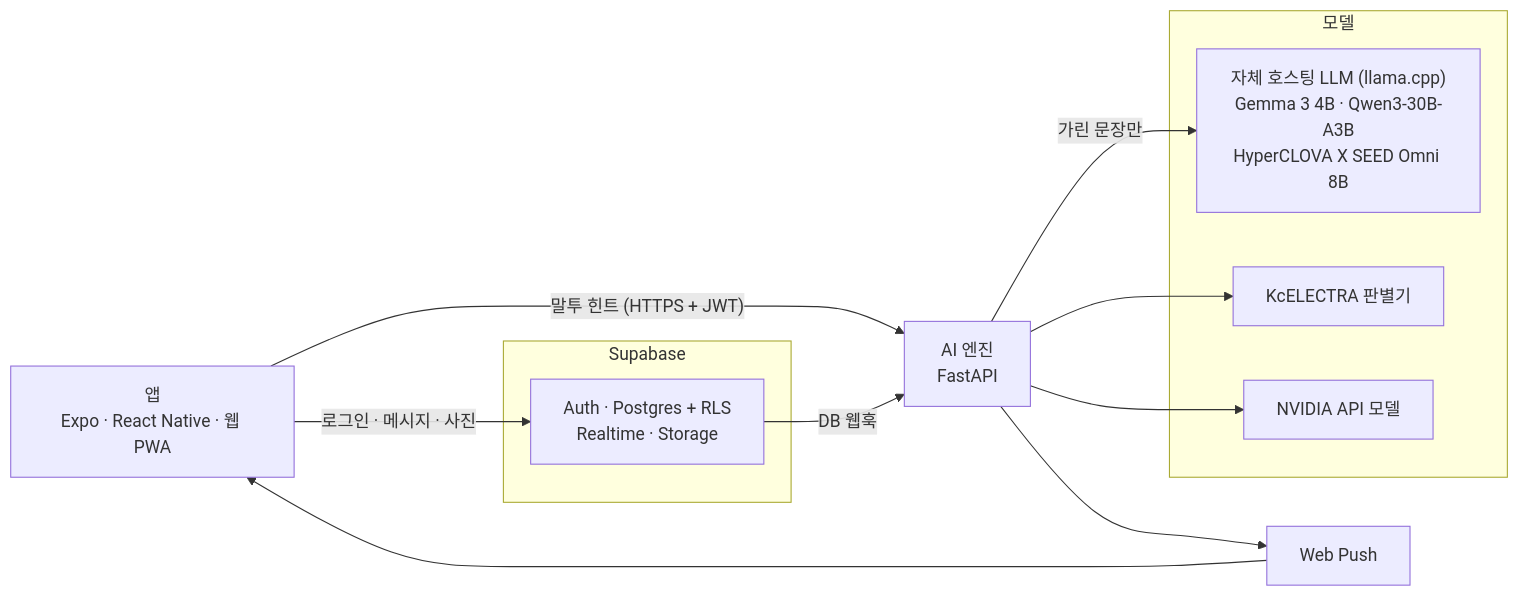
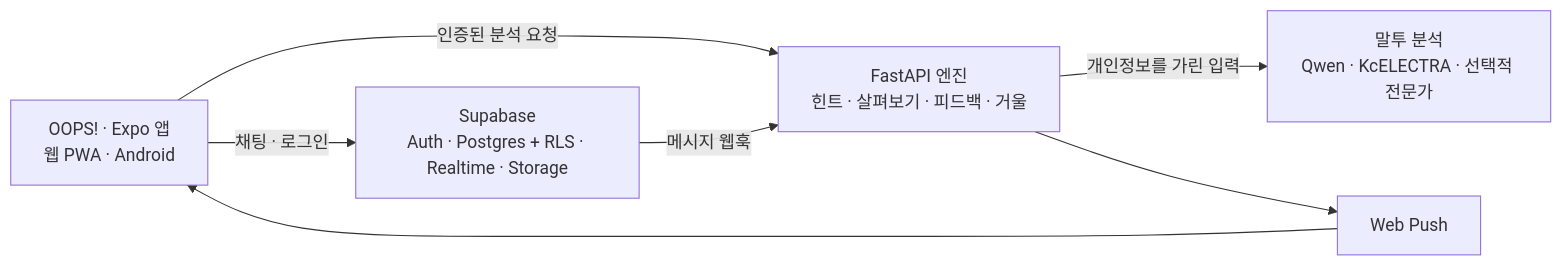
Before and after one commit to Daegyu519/Adventure_Design: the diagram in README.md, drawn with Mermaid. The commit also changed other lines of this file, not shown here.

Commit message:
docs: refresh OOPS! GitHub README

````diff
--- a/README.md
+++ b/README.md
@@ -43,23 +30,14 @@
 ```mermaid
 flowchart LR
-  APP["앱<br/>Expo · React Native · 웹 PWA"]
-  subgraph SB["Supabase"]
-    DB["Auth · Postgres + RLS<br/>Realtime · Storage"]
-  end
-  ENG["AI 엔진<br/>FastAPI"]
-  subgraph M["모델"]
-    LLM["자체 호스팅 LLM (llama.cpp)<br/>Gemma 3 4B · Qwen3-30B-A3B<br/>HyperCLOVA X SEED Omni 8B"]
-    CLF["KcELECTRA 판별기"]
-    NV["NVIDIA API 모델"]
-  end
+  APP["OOPS! · Expo 앱<br/>웹 PWA · Android"]
+  DB["Supabase<br/>Auth · Postgres + RLS · Realtime · Storage"]
+  API["FastAPI 엔진<br/>힌트 · 살펴보기 · 피드백 · 거울"]
+  MODELS["말투 분석<br/>Qwen · KcELECTRA · 선택적 전문가"]
   PUSH["Web Push"]
 
-  APP -->|"로그인 · 메시지 · 사진"| DB
-  APP -->|"말투 힌트 (HTTPS + JWT)"| ENG
-  DB -->|"DB 웹훅"| ENG
-  ENG -->|"가린 문장만"| LLM
-  ENG --> CLF
-  ENG --> NV
-  ENG --> PUSH
-  PUSH --> APP
+  APP -->|"채팅 · 로그인"| DB
+  APP -->|"인증된 분석 요청"| API
+  DB -->|"메시지 웹훅"| API
+  API -->|"개인정보를 가린 입력"| MODELS
+  API --> PUSH --> APP
 ```
````
